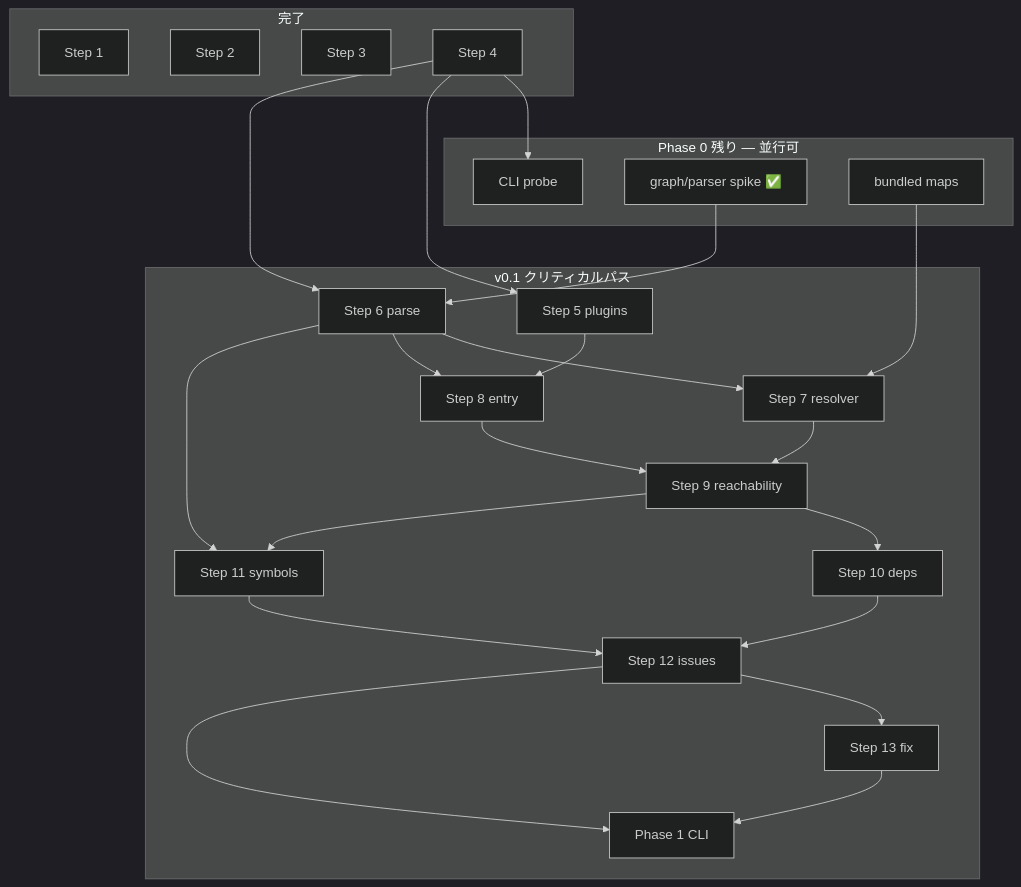
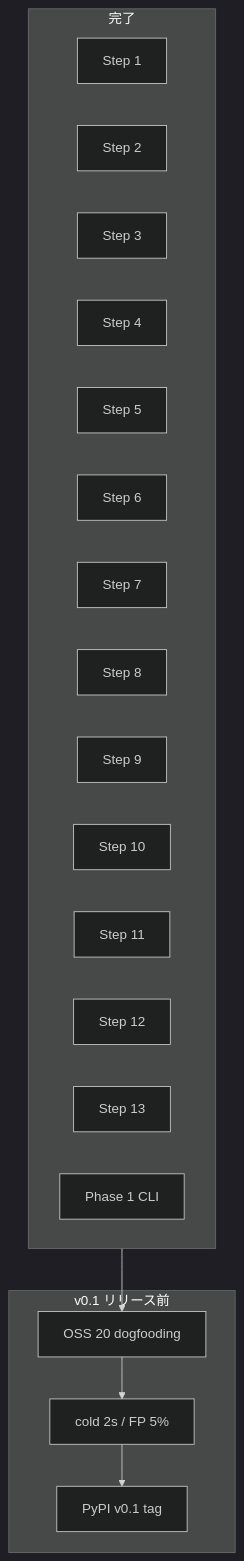
One commit to watany-dev/chokkin changed the diagram in docs/dev/plans/README.md. Above: the diagram before and after it, drawn with Mermaid (dark theme). The commit also changed other lines of this file and 9 other files, not shown here.

First line of the commit message:
chore: add OSS dogfooding skeleton and sync docs for Phase 1

````diff
--- a/docs/dev/plans/README.md
+++ b/docs/dev/plans/README.md
@@ -38,47 +39,29 @@
 ```mermaid
 flowchart TB
   subgraph done [完了]
     S1[Step 1]
     S2[Step 2]
     S3[Step 3]
     S4[Step 4]
-  end
-
-  subgraph phase0 [Phase 0 残り — 並行可]
-    CLI[CLI probe]
-    P0G[graph/parser spike ✅]
-    MAPS[bundled maps]
-  end
-
-  subgraph core [v0.1 クリティカルパス]
-    S5[Step 5 plugins]
-    S6[Step 6 parse]
-    S7[Step 7 resolver]
-    S8[Step 8 entry]
-    S9[Step 9 reachability]
-    S10[Step 10 deps]
-    S11[Step 11 symbols]
-    S12[Step 12 issues]
-    S13[Step 13 fix]
+    S5[Step 5]
+    S6[Step 6]
+    S7[Step 7]
+    S8[Step 8]
+    S9[Step 9]
+    S10[Step 10]
+    S11[Step 11]
+    S12[Step 12]
+    S13[Step 13]
     P1[Phase 1 CLI]
   end
 
-  S4 --> CLI
-  S4 --> S5
-  S4 --> S6
-  P0G --> S6
-  S6 --> S7
-  MAPS --> S7
-  S5 --> S8
-  S6 --> S8
-  S7 --> S9
-  S8 --> S9
-  S9 --> S10
-  S6 --> S11
-  S9 --> S11
-  S10 --> S12
-  S11 --> S12
-  S12 --> S13
-  S12 --> P1
-  S13 --> P1
+  subgraph remaining [v0.1 リリース前]
+    OSS[OSS 20 dogfooding]
+    PERF[cold 2s / FP 5%]
+    TAG[PyPI v0.1 tag]
+  end
+
+  done --> OSS
+  OSS --> PERF
+  PERF --> TAG
 ```
````
